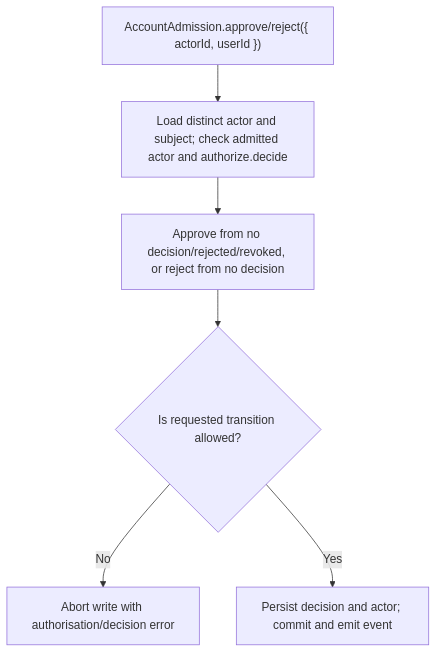
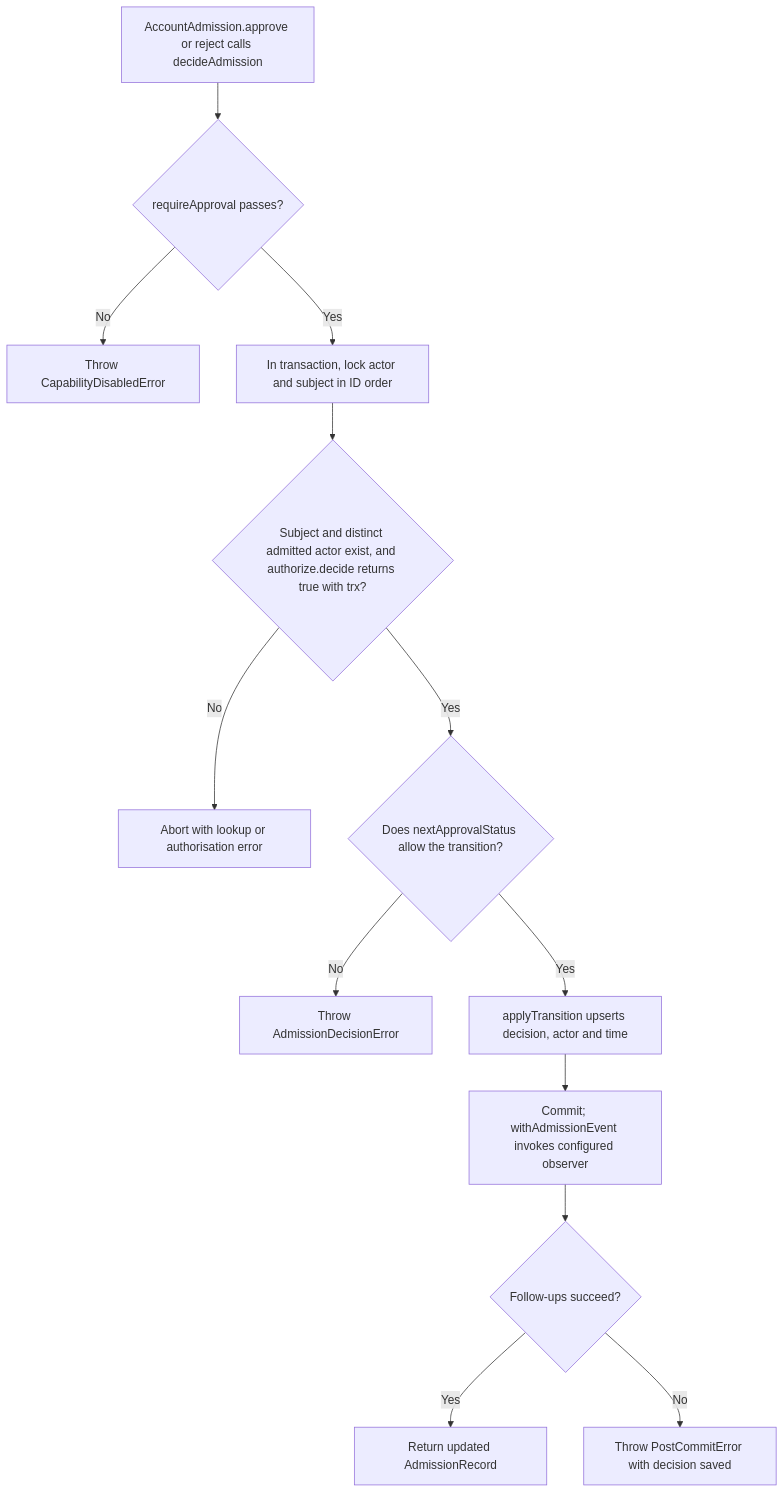
The second of 2 diagrams in user-stories/US-ACCOUNT-26-decide-admission.md (Kevinjohn/oss-adonisjs-account-kit), drawn with Mermaid before and after one commit. The commit also changed other lines of this file and 70 other files, not shown here.

Commit message:
Refresh the Account Kit user story catalogue for 0.6.0

````diff
--- a/user-stories/US-ACCOUNT-26-decide-admission.md
+++ b/user-stories/US-ACCOUNT-26-decide-admission.md
@@ -31,8 +36,15 @@
 ```mermaid
 flowchart TD
- A["AccountAdmission.approve/reject({ actorId, userId })"] --> B["Load distinct actor and subject; check admitted actor and authorize.decide"]
- B --> C["Approve from no decision/rejected/revoked, or reject from no decision"]
- C --> D{"Is requested transition allowed?"}
- D -->|No| E["Abort write with authorisation/decision error"]
- D -->|Yes| F["Persist decision and actor; commit and emit event"]
+ A["AccountAdmission.approve or reject calls decideAdmission"] --> B{"requireApproval passes?"}
+ B -->|No| X["Throw CapabilityDisabledError"]
+ B -->|Yes| C["In transaction, lock actor and subject in ID order"]
+ C --> D{"Subject and distinct admitted actor exist, and authorize.decide returns true with trx?"}
+ D -->|No| Y["Abort with lookup or authorisation error"]
+ D -->|Yes| E{"Does nextApprovalStatus allow the transition?"}
+ E -->|No| Z["Throw AdmissionDecisionError"]
+ E -->|Yes| F["applyTransition upserts decision, actor and time"]
+ F --> G["Commit; withAdmissionEvent invokes configured observer"]
+ G --> H{"Follow-ups succeed?"}
+ H -->|Yes| I["Return updated AdmissionRecord"]
+ H -->|No| J["Throw PostCommitError with decision saved"]
 ```
````
